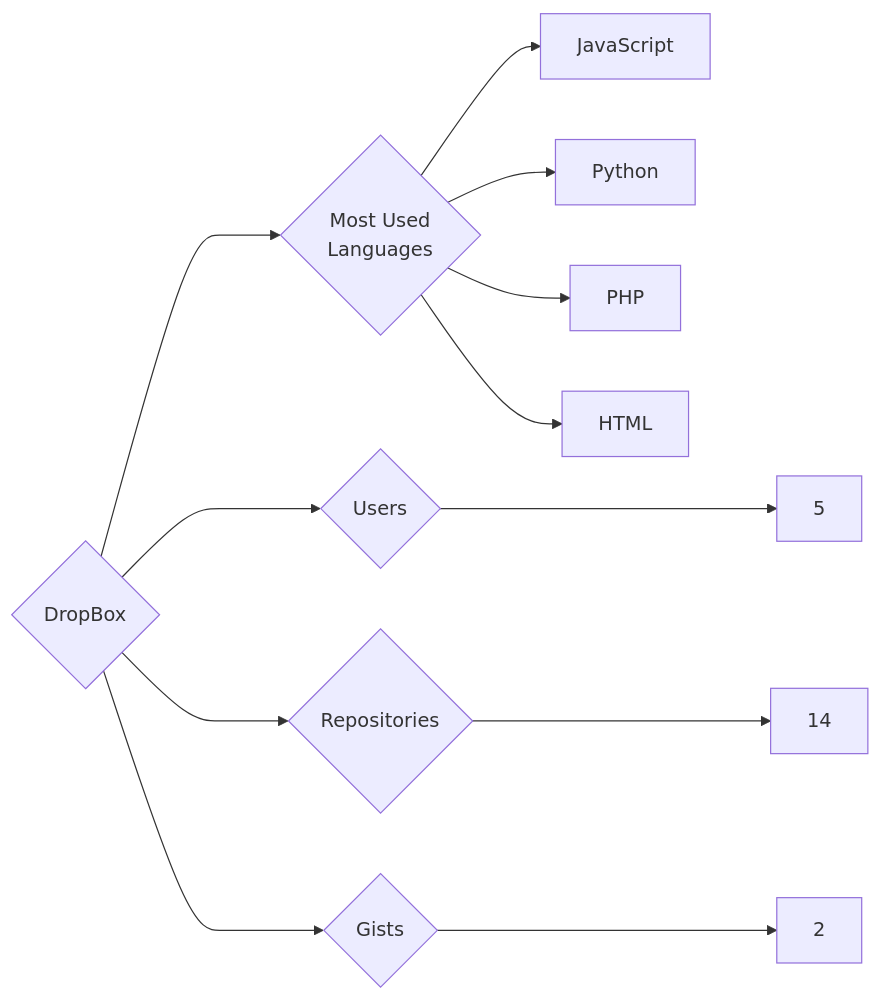
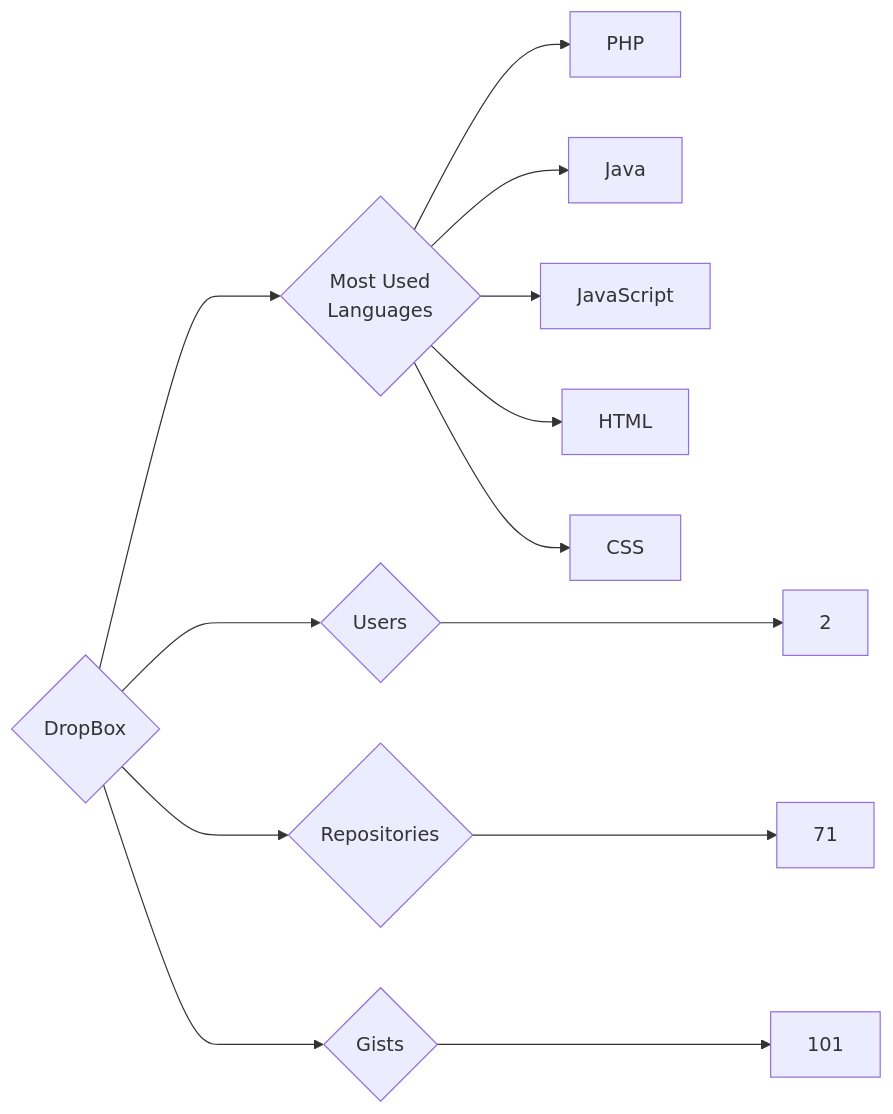
The diagram in targets/DropBox/README.md (trickest/insiders), drawn with Mermaid before and after one commit. The commit also changed 559 other files, not shown here.

````diff
--- a/targets/DropBox/README.md
+++ b/targets/DropBox/README.md
@@ -3,12 +3,13 @@
 ```mermaid
 graph LR
 COMPANY_NAME{DropBox}
-COMPANY_NAME ---> U{Users} ---> UN[5]
-COMPANY_NAME ---> R{Repositories} ---> RN[14]
-COMPANY_NAME ---> G{Gists} ---> GN[2]
+COMPANY_NAME ---> U{Users} ---> UN[2]
+COMPANY_NAME ---> R{Repositories} ---> RN[71]
+COMPANY_NAME ---> G{Gists} ---> GN[101]
 COMPANY_NAME ---> ML{Most Used<br>Languages}
+ML --> PHP[PHP]
+ML --> Java[Java]
 ML --> JavaScript[JavaScript]
-ML --> Python[Python]
-ML --> PHP[PHP]
 ML --> HTML[HTML]
+ML --> CSS[CSS]
 ```
````
